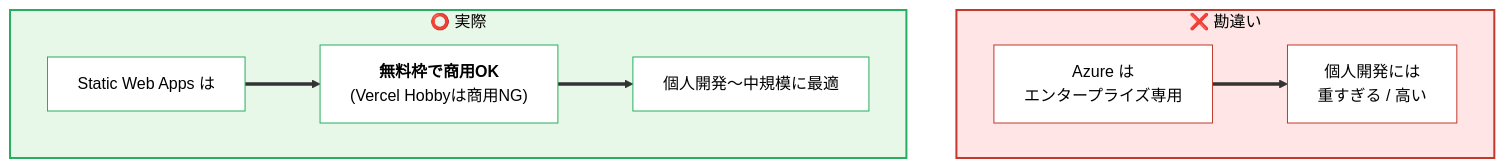
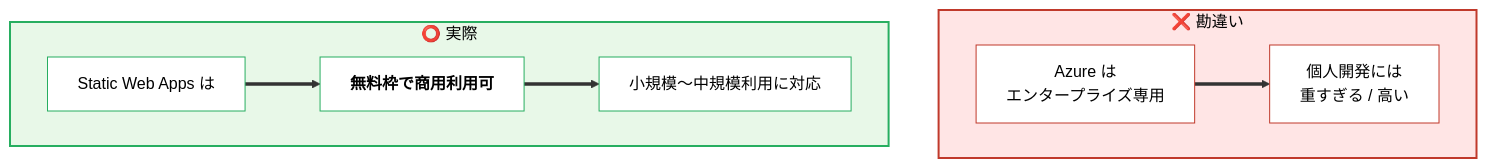
The second of 35 diagrams in azure/azure.md (kasuyaofcb/tech_docs), drawn with Mermaid before and after one commit. The commit also changed other lines of this file and 1 other file, not shown here.

````diff
--- a/azure/azure.md
+++ b/azure/azure.md
@@ -59,20 +59,20 @@
 ```mermaid
 flowchart TB
     subgraph WRONG["❌ 勘違い"]
         direction LR
         W1["Azure は<br/>エンタープライズ専用"] ==> W2["個人開発には<br/>重すぎる / 高い"]
     end
 
     subgraph RIGHT["⭕ 実際"]
         direction LR
-        R1["Static Web Apps は"] ==> R2["<b>無料枠で商用OK</b><br/>(Vercel Hobbyは商用NG)"] ==> R3["個人開発〜中規模に最適"]
+        R1["Static Web Apps は"] ==> R2["<b>無料枠で商用利用可</b>"] ==> R3["小規模〜中規模利用に対応"]
     end
 
     style WRONG fill:#FFE5E5,stroke:#C0392B,stroke-width:2px,color:#000
     style RIGHT fill:#E8F8E8,stroke:#27AE60,stroke-width:2px,color:#000
     style W1 fill:#fff,color:#000,stroke:#C0392B
     style W2 fill:#fff,color:#000,stroke:#C0392B
     style R1 fill:#fff,color:#000,stroke:#27AE60
     style R2 fill:#fff,color:#000,stroke:#27AE60
     style R3 fill:#fff,color:#000,stroke:#27AE60
 ```
````
